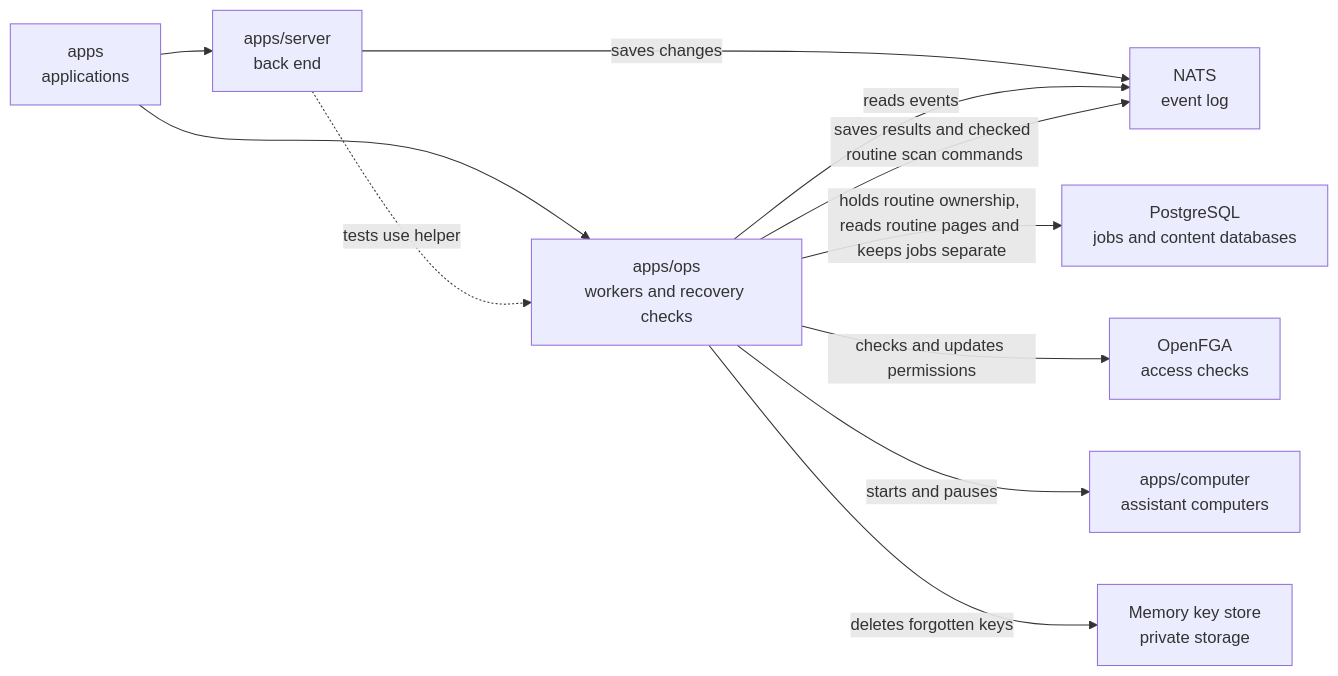
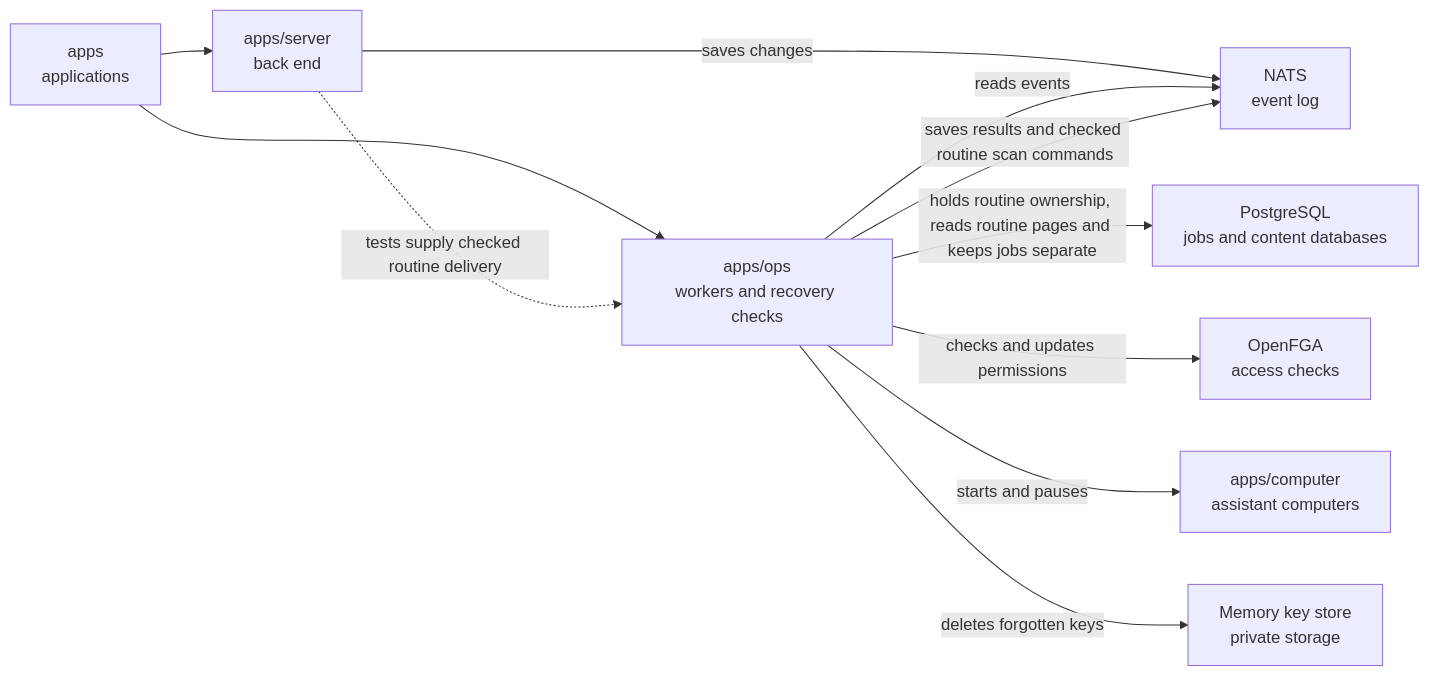
The diagram in apps/ops/README.md (elewa-git/opencrane-new), drawn with Mermaid before and after one commit. The commit also changed other lines of this file and 6 other files, not shown here.

Commit message:
🔌 Await checked routine delivery under its original leadership

````diff
--- a/apps/ops/README.md
+++ b/apps/ops/README.md
@@ -17,13 +17,13 @@
 ```mermaid
 flowchart LR
   apps["apps<br/>applications"] --> ops["apps/ops<br/>workers and recovery checks"]
   apps --> server["apps/server<br/>back end"]
-  server -.->|tests use helper| ops
+  server -.->|tests supply checked routine delivery| ops
   server -->|saves changes| nats["NATS<br/>event log"]
   ops -->|reads events| nats
   ops -->|saves results and checked routine scan commands| nats
   ops -->|holds routine ownership, reads routine pages and keeps jobs separate| pg["PostgreSQL<br/>jobs and content databases"]
   ops -->|checks and updates permissions| fga["OpenFGA<br/>access checks"]
   ops -->|starts and pauses| computer["apps/computer<br/>assistant computers"]
   ops -->|deletes forgotten keys| keys["Memory key store<br/>private storage"]
 ```
````
